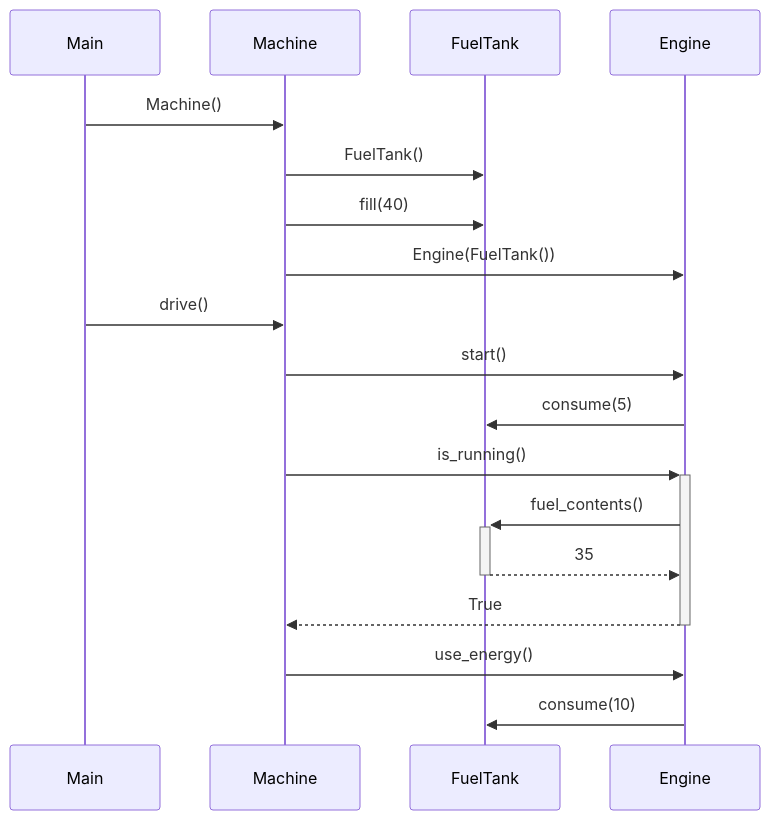
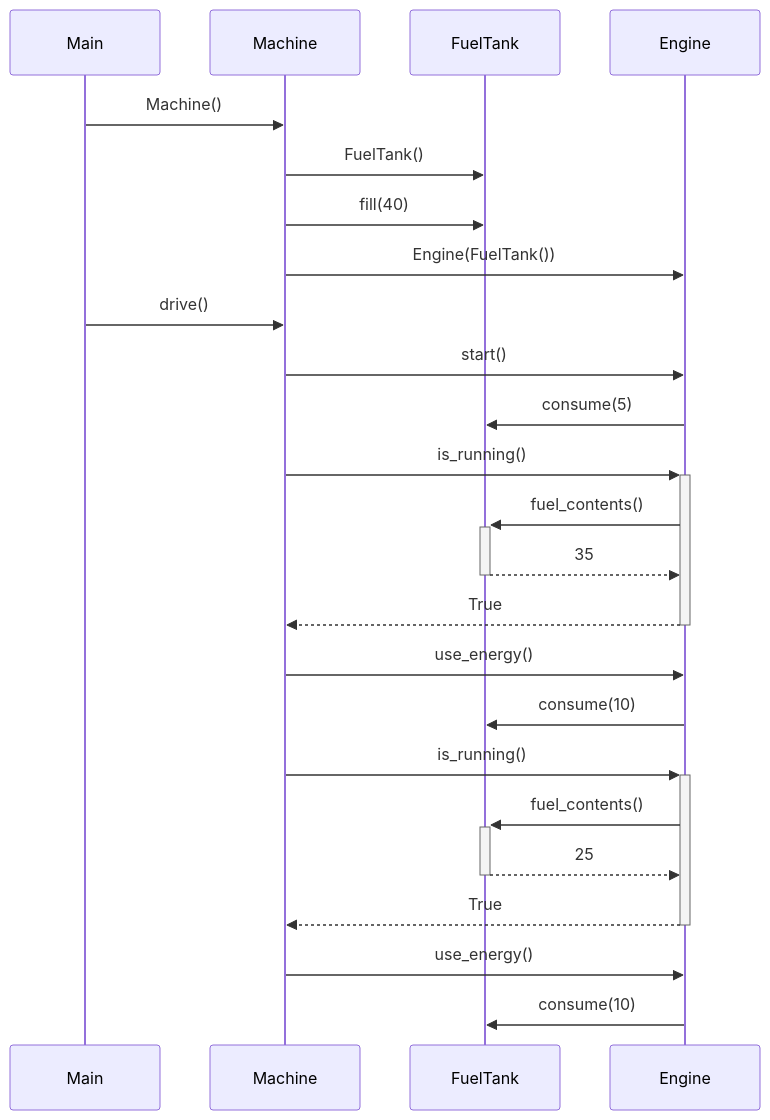
One commit to phuvio/ot-harjoitustyo changed the diagram in laskarit/viikko3/sekvenssikaavio.md. Above: the diagram before and after it, drawn with Mermaid.

````diff
--- a/laskarit/viikko3/sekvenssikaavio.md
+++ b/laskarit/viikko3/sekvenssikaavio.md
@@ -3,20 +3,26 @@
 ```mermaid
  sequenceDiagram
    participant P as Main
    participant M as Machine
    participant F as FuelTank
    participant E as Engine
    P->>M: Machine()
    M->>F: FuelTank()
    M->>F: fill(40)
    M->>E: Engine(FuelTank())
    P->>M: drive()
    M->>E: start()
    E->>F: consume(5)
    M->>+E: is_running()
    E->>+F:fuel_contents()
    F-->>-E: 35
    E-->>-M: True
    M->>E: use_energy()
    E->>F: consume(10)
+   M->>+E: is_running()
+   E->>+F:fuel_contents()
+   F-->>-E: 25
+   E-->>-M: True
+   M->>E: use_energy()
+   E->>F: consume(10)
 ```
````
